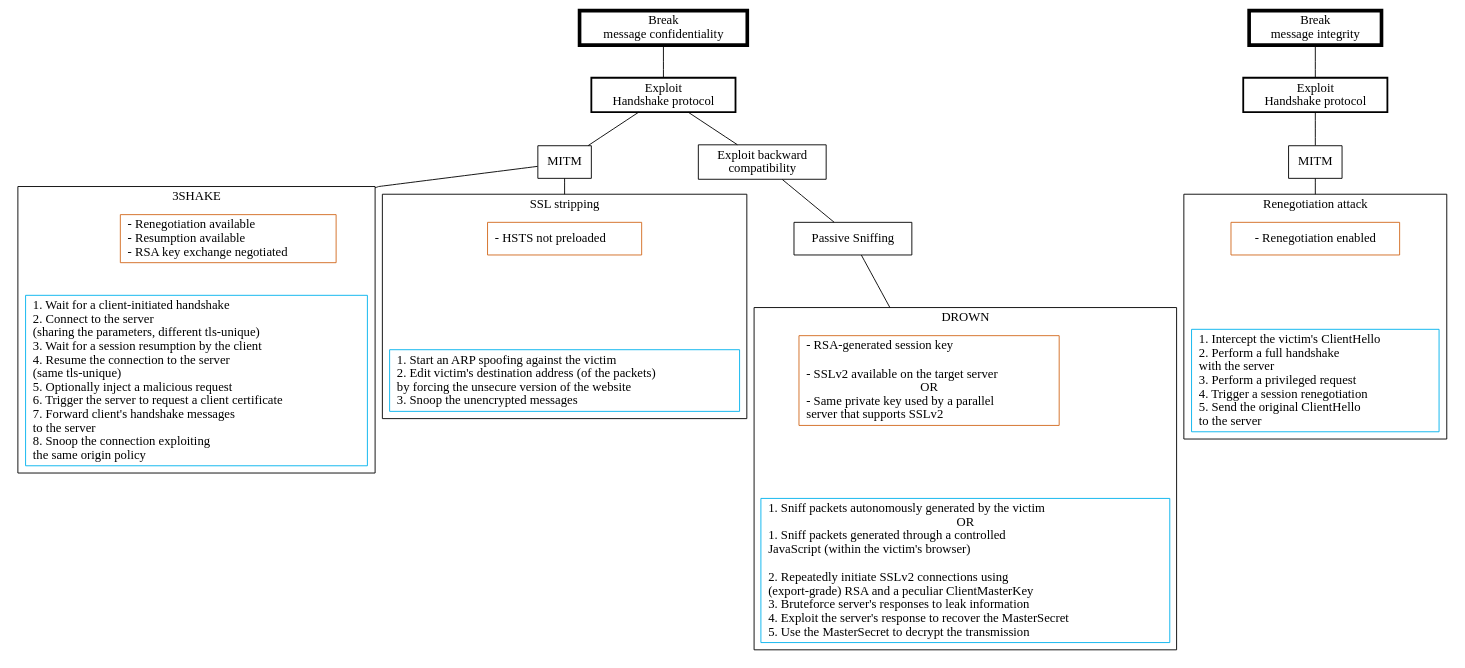
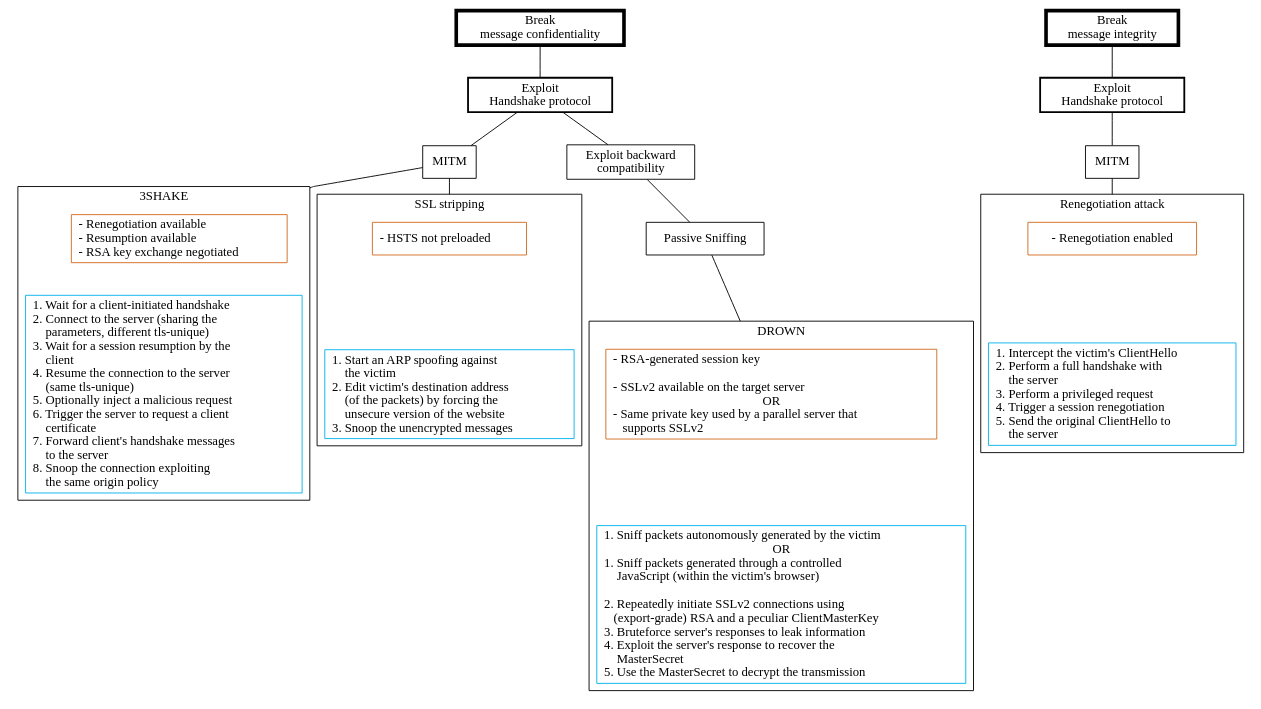
The diagram in Evaluator/AttackTrees/BreakConfidentiality.dot (stfbk/tlsassistant), drawn with Graphviz before and after one commit. The commit also changed 1 other file, not shown here.

```diff
--- a/Evaluator/AttackTrees/BreakConfidentiality.dot
+++ b/Evaluator/AttackTrees/BreakConfidentiality.dot
@@ -1,85 +1,86 @@
 graph {
 #attributes
 splines=polyline;
 compound=true;
 node [shape=box];
 
 #legend
 # "node_name" [label appearing after the rendering] /*hooks for the highlighting process*/
+# NOTE: each highlight-able line must end with a slash (without a space following)
 
 #################Confidentiality Nodes#################
 ##----------Parents---------
 "conf_msg_C" [label = "Break\nmessage confidentiality"][penwidth=4] /* 3SHAKE HSTS_not_preloaded DROWN */
 "conf_tls_hshake" [label = "Exploit\nHandshake protocol"][penwidth=2] /* 3SHAKE HSTS_not_preloaded DROWN */
 
 "conf_legacy" [label = "Exploit backward\ncompatibility"] /* DROWN */
 "conf_sniffing" [label = "Passive Sniffing"]/* DROWN */
 
 "conf_mitm" [label = "MITM"] /* 3SHAKE HSTS_not_preloaded */
 
 ##----------Leaves----------
-"conf_drown_1" [label = "- RSA-generated session key\l\n- SSLv2 available on the target server\lOR\n- Same private key used by a parallel\lserver that supports SSLv2\l"][color=chocolate]
-"conf_drown_2" [label = "1. Sniff packets autonomously generated by the victim\lOR\n1. Sniff packets generated through a controlled\lJavaScript (within the victim's browser)\l\n2. Repeatedly initiate SSLv2 connections using\l(export-grade) RSA and a peculiar ClientMasterKey\l3. Bruteforce server's responses to leak information\l4. Exploit the server's response to recover the MasterSecret\l5. Use the MasterSecret to decrypt the transmission\l"][color=deepskyblue2]
+"conf_drown_1" [label = "- RSA-generated session key\l\n- SSLv2 available on the target server\lOR\n- Same private key used by a parallel server that\l    supports SSLv2\l"][color=chocolate]
+"conf_drown_2" [label = "1. Sniff packets autonomously generated by the victim\lOR\n1. Sniff packets generated through a controlled\l     JavaScript (within the victim's browser)\l\n2. Repeatedly initiate SSLv2 connections using\l    (export-grade) RSA and a peculiar ClientMasterKey\l3. Bruteforce server's responses to leak information\l4. Exploit the server's response to recover the\l     MasterSecret\l5. Use the MasterSecret to decrypt the transmission\l"][color=deepskyblue2]
 
 "conf_3shake_1" [label = "- Renegotiation available\l- Resumption available\l- RSA key exchange negotiated\l"][color=chocolate]
-"conf_3shake_2" [label = "1. Wait for a client-initiated handshake\l2. Connect to the server\l(sharing the parameters, different tls-unique)\l3. Wait for a session resumption by the client\l4. Resume the connection to the server\l(same tls-unique)\l5. Optionally inject a malicious request\l6. Trigger the server to request a client certificate\l7. Forward client's handshake messages\lto the server\l8. Snoop the connection exploiting\lthe same origin policy\l"][color=deepskyblue2]
+"conf_3shake_2" [label = "1. Wait for a client-initiated handshake\l2. Connect to the server (sharing the\l     parameters, different tls-unique)\l3. Wait for a session resumption by the\l     client\l4. Resume the connection to the server\l     (same tls-unique)\l5. Optionally inject a malicious request\l6. Trigger the server to request a client\l     certificate\l7. Forward client's handshake messages\l     to the server\l8. Snoop the connection exploiting\l     the same origin policy\l"][color=deepskyblue2]
 
 "conf_stripping_1" [label = "- HSTS not preloaded\l"][color=chocolate]
-"conf_stripping_2" [label = "1. Start an ARP spoofing against the victim\l2. Edit victim's destination address (of the packets)\l by forcing the unsecure version of the website\l3. Snoop the unencrypted messages\l"][color=deepskyblue2]
+"conf_stripping_2" [label = "1. Start an ARP spoofing against\l     the victim\l2. Edit victim's destination address\l     (of the packets) by forcing the\l     unsecure version of the website\l3. Snoop the unencrypted messages\l"][color=deepskyblue2]
 
 #-----------Edges-----------
 ## root
 	"conf_msg_C" -- "conf_tls_hshake" /* 3SHAKE HSTS_not_preloaded DROWN */
 
 ### handshake subtree
 	"conf_tls_hshake" -- "conf_legacy" /* DROWN */
 	"conf_tls_hshake" -- "conf_mitm" /* 3SHAKE HSTS_not_preloaded */
 
 ### legacy subtree
 	"conf_legacy" -- "conf_sniffing" /* DROWN */
 
 ##### sniffing subtree
 	"conf_sniffing" -- "conf_drown_1" [lhead=cluster_drown] /* DROWN */
 
 #### MITM subtree
 	"conf_mitm" -- "conf_3shake_1" [lhead=cluster_3shake]/* 3SHAKE */
 	"conf_mitm" -- "conf_stripping_1" [lhead=cluster_stripping] /* HSTS_not_preloaded */
 
 #-----------Subgraphs-----------
 
 	subgraph cluster_drown {
 		label="DROWN";
 		"conf_drown_1" -- "conf_drown_2" [style=invis];
 	}
 	subgraph cluster_3shake {
 		label="3SHAKE";
 		"conf_3shake_1" -- "conf_3shake_2" [style=invis];
 	}
 	subgraph cluster_stripping {
 		label="SSL stripping";
 		"conf_stripping_1" -- "conf_stripping_2" [style=invis];
 	}
 
 #################Integrity Nodes#################
 ##----------Parents---------
 "int_msg_I" [label = "Break\nmessage integrity"][penwidth=4] /* RENEGOTIATION */
 "int_tls_hshake" [label = "Exploit\nHandshake protocol"][penwidth=2] /* RENEGOTIATION */
 "int_mitm" [label = "MITM"] /* RENEGOTIATION */
 
 ##----------Leaves----------
 "int_reneg_1" [label = "- Renegotiation enabled"][color=chocolate]
-"int_reneg_2" [label = "1. Intercept the victim's ClientHello\l2. Perform a full handshake\lwith the server\l3. Perform a privileged request\l4. Trigger a session renegotiation\l5. Send the original ClientHello\lto the server\l"][color=deepskyblue2]
+"int_reneg_2" [label = "1. Intercept the victim's ClientHello\l2. Perform a full handshake with\l     the server\l3. Perform a privileged request\l4. Trigger a session renegotiation\l5. Send the original ClientHello to\l     the server\l"][color=deepskyblue2]
 
 #-----------Edges-----------
 ## root
 	"int_msg_I" -- "int_tls_hshake"  /* RENEGOTIATION */
 	"int_tls_hshake" -- "int_mitm"  /* RENEGOTIATION */
 	"int_mitm" -- "int_reneg_1" [lhead=cluster_renegotiation] /* RENEGOTIATION */
 
 #-----------Subgraphs-----------
 
 	subgraph cluster_renegotiation {
 		label="Renegotiation attack";
 		"int_reneg_1" -- "int_reneg_2" [style=invis];
-	}
+	}	
 }
```
